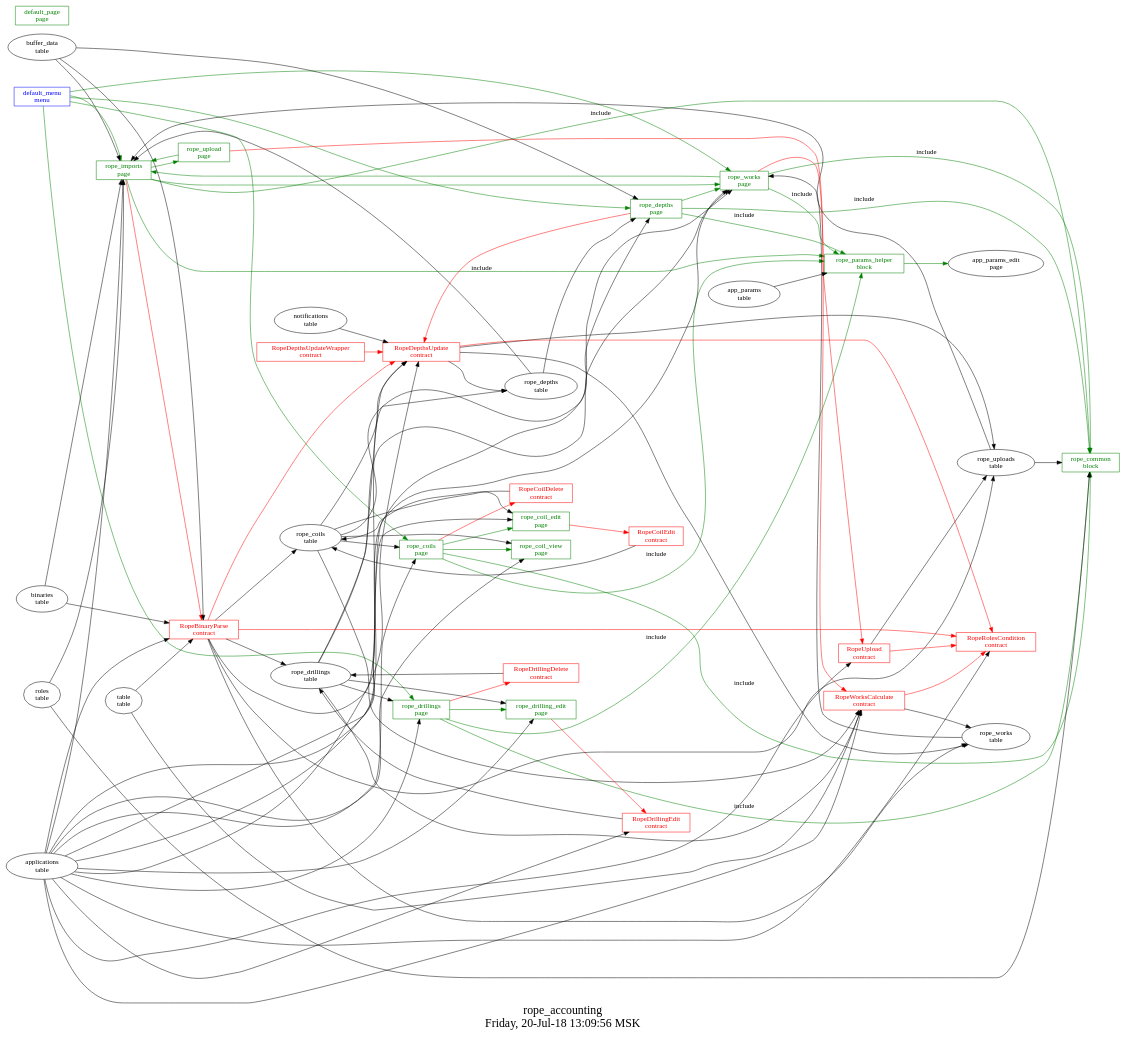
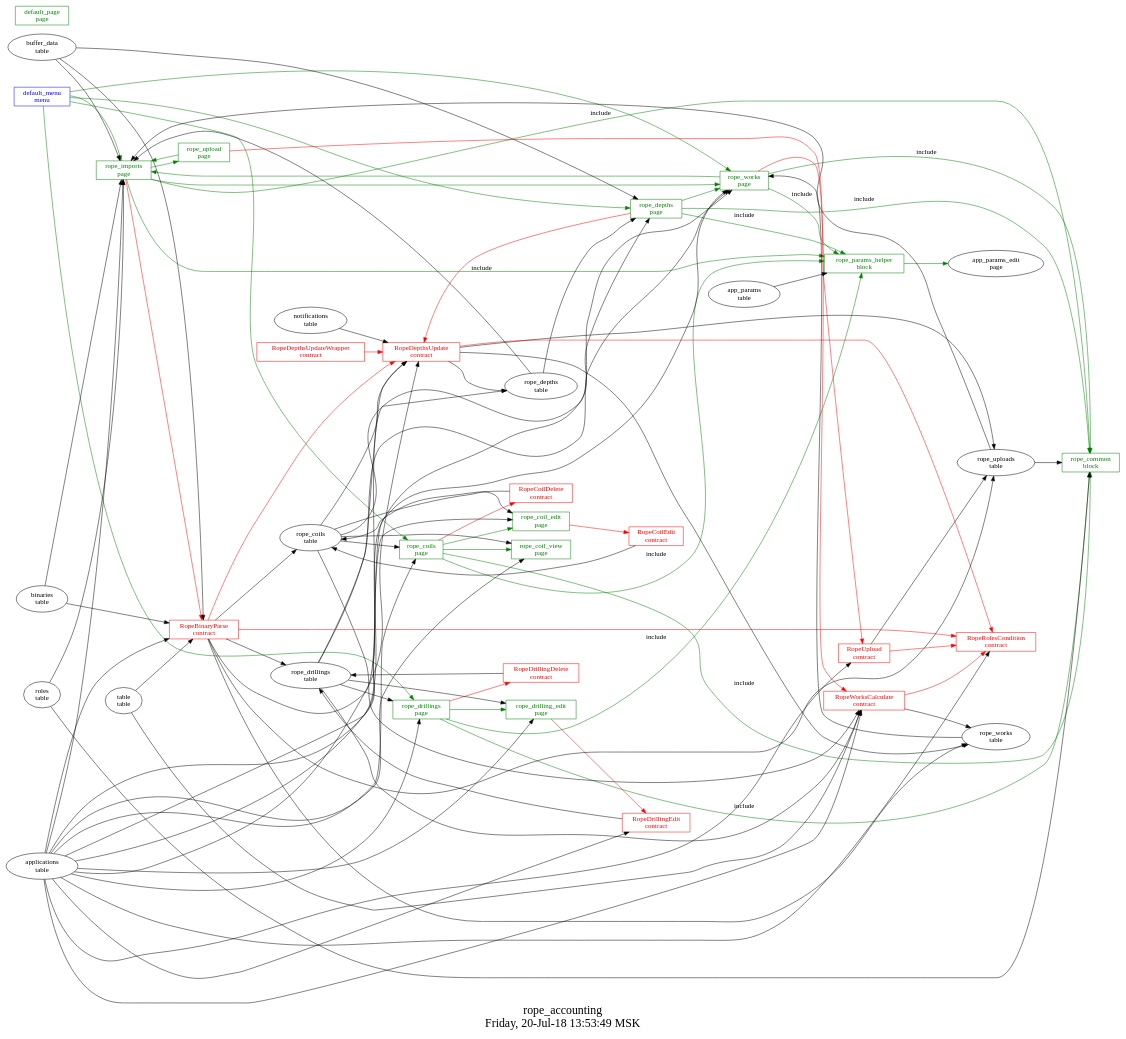
One commit to AplaProject/apps changed the diagram in src/rope_accounting/struct.dot. Above: the diagram before and after it, drawn with Graphviz. The commit also changed 2 other files, not shown here.

```diff
--- a/src/rope_accounting/struct.dot
+++ b/src/rope_accounting/struct.dot
@@ -1,131 +1,131 @@
 digraph G {
 graph [
   fontsize="24";
-  label="rope_accounting\nFriday, 20-Jul-18 13:09:56 MSK";
+  label="rope_accounting\nFriday, 20-Jul-18 13:53:49 MSK";
   nojustify=true;
   ordering=out;
   rankdir=LR;
   size="30";
 ];
 "default_menu\nmenu" -> "rope_imports\npage"  [ color=green ]
 "default_menu\nmenu" -> "rope_works\npage"  [ color=green ]
 "default_menu\nmenu" -> "rope_depths\npage"  [ color=green ]
 "default_menu\nmenu" -> "rope_drillings\npage"  [ color=green ]
 "default_menu\nmenu" -> "rope_coils\npage"  [ color=green ]
 "default_menu\nmenu" [color=blue, fontcolor=blue, group=menus, shape=record];
 "default_page\npage" [color=green, fontcolor=green, group=pages, shape=record];
 "rope_coil_edit\npage" -> "RopeCoilEdit\ncontract"  [ color=red ]
 "applications\ntable" -> "rope_coil_edit\npage"
 "rope_coils\ntable" -> "rope_coil_edit\npage"
 "rope_coil_edit\npage" [color=green, fontcolor=green, group=pages, shape=record];
 "applications\ntable" -> "rope_coil_view\npage"
 "rope_coils\ntable" -> "rope_coil_view\npage"
 "rope_coil_view\npage" [color=green, fontcolor=green, group=pages, shape=record];
 "rope_coils\npage" -> "RopeCoilDelete\ncontract"  [ color=red ]
 "applications\ntable" -> "rope_coils\npage"
 "rope_coils\ntable" -> "rope_coils\npage"
 "rope_coils\npage" -> "rope_coil_edit\npage"  [ color=green ]
 "rope_coils\npage" -> "rope_coil_view\npage"  [ color=green ]
 "rope_coils\npage" -> "rope_common\nblock"  [ color=green, label=include ]
 "rope_coils\npage" -> "rope_params_helper\nblock"  [ color=green, label=include ]
 "rope_coils\npage" [color=green, fontcolor=green, group=pages, shape=record];
 "rope_depths\npage" -> "RopeDepthsUpdate\ncontract"  [ color=red ]
 "applications\ntable" -> "rope_depths\npage"
 "rope_depths\ntable" -> "rope_depths\npage"
 "buffer_data\ntable" -> "rope_depths\npage"
 "rope_depths\npage" -> "rope_works\npage"  [ color=green ]
 "rope_depths\npage" -> "rope_common\nblock"  [ color=green, label=include ]
 "rope_depths\npage" -> "rope_params_helper\nblock"  [ color=green, label=include ]
 "rope_depths\npage" [color=green, fontcolor=green, group=pages, shape=record];
 "rope_drilling_edit\npage" -> "RopeDrillingEdit\ncontract"  [ color=red ]
 "applications\ntable" -> "rope_drilling_edit\npage"
 "rope_drillings\ntable" -> "rope_drilling_edit\npage"
 "rope_drilling_edit\npage" [color=green, fontcolor=green, group=pages, shape=record];
 "rope_drillings\npage" -> "RopeDrillingDelete\ncontract"  [ color=red ]
 "applications\ntable" -> "rope_drillings\npage"
 "rope_drillings\ntable" -> "rope_drillings\npage"
 "rope_drillings\npage" -> "rope_drilling_edit\npage"  [ color=green ]
 "rope_drillings\npage" -> "rope_common\nblock"  [ color=green, label=include ]
 "rope_drillings\npage" -> "rope_params_helper\nblock"  [ color=green, label=include ]
 "rope_drillings\npage" [color=green, fontcolor=green, group=pages, shape=record];
 "rope_imports\npage" -> "RopeBinaryParse\ncontract"  [ color=red ]
 "applications\ntable" -> "rope_imports\npage"
 "roles\ntable" -> "rope_imports\npage"
 "rope_uploads\ntable" -> "rope_imports\npage"
 "binaries\ntable" -> "rope_imports\npage"
 "rope_depths\ntable" -> "rope_imports\npage"
 "buffer_data\ntable" -> "rope_imports\npage"
 "rope_imports\npage" -> "rope_upload\npage"  [ color=green ]
 "rope_imports\npage" -> "rope_works\npage"  [ color=green ]
 "rope_imports\npage" -> "rope_common\nblock"  [ color=green, label=include ]
 "rope_imports\npage" -> "rope_params_helper\nblock"  [ color=green, label=include ]
 "rope_imports\npage" [color=green, fontcolor=green, group=pages, shape=record];
 "rope_upload\npage" -> "RopeUpload\ncontract"  [ color=red ]
 "rope_upload\npage" -> "rope_imports\npage"  [ color=green ]
 "rope_upload\npage" [color=green, fontcolor=green, group=pages, shape=record];
 "rope_works\npage" -> "RopeWorksCalculate\ncontract"  [ color=red ]
 "applications\ntable" -> "rope_works\npage"
 "rope_works\ntable" -> "rope_works\npage"
 "rope_drillings\ntable" -> "rope_works\npage"
 "rope_coils\ntable" -> "rope_works\npage"
 "rope_works\npage" -> "rope_imports\npage"  [ color=green ]
 "rope_works\npage" -> "rope_common\nblock"  [ color=green, label=include ]
 "rope_works\npage" -> "rope_params_helper\nblock"  [ color=green, label=include ]
 "rope_works\npage" [color=green, fontcolor=green, group=pages, shape=record];
 "roles\ntable" -> "rope_common\nblock"
 "rope_uploads\ntable" -> "rope_common\nblock"
 "rope_common\nblock" [color=green, fontcolor=green, group=blocks, shape=record];
 "app_params\ntable" -> "rope_params_helper\nblock"
 "rope_params_helper\nblock" -> "app_params_edit\npage"  [ color=green ]
 "rope_params_helper\nblock" [color=green, fontcolor=green, group=blocks, shape=record];
 "RopeBinaryParse\ncontract" -> "RopeDepthsUpdate\ncontract"  [ color=red ]
 "RopeBinaryParse\ncontract" -> "RopeRolesCondition\ncontract"  [ color=red ]
 "RopeBinaryParse\ncontract" -> "rope_coils\ntable"  [ color="" ]
 "RopeBinaryParse\ncontract" -> "rope_drillings\ntable"  [ color="" ]
 "RopeBinaryParse\ncontract" -> "rope_works\ntable"  [ color="" ]
 "RopeBinaryParse\ncontract" -> "rope_depths\ntable"  [ color="" ]
 "RopeBinaryParse\ncontract" -> "rope_uploads\ntable"  [ color="" ]
 "table\ntable" -> "RopeBinaryParse\ncontract"
 "buffer_data\ntable" -> "RopeBinaryParse\ncontract"
 "binaries\ntable" -> "RopeBinaryParse\ncontract"
 "applications\ntable" -> "RopeBinaryParse\ncontract"
 "RopeBinaryParse\ncontract" [color=red, fontcolor=red, group=contracts, shape=record];
 "RopeCoilDelete\ncontract" -> "rope_coils\ntable"  [ color="" ]
 "RopeCoilDelete\ncontract" [color=red, fontcolor=red, group=contracts, shape=record];
 "RopeCoilEdit\ncontract" -> "rope_coils\ntable"  [ color="" ]
 "RopeCoilEdit\ncontract" [color=red, fontcolor=red, group=contracts, shape=record];
 "RopeDepthsUpdate\ncontract" -> "RopeRolesCondition\ncontract"  [ color=red ]
 "RopeDepthsUpdate\ncontract" -> "rope_uploads\ntable"  [ color="" ]
 "RopeDepthsUpdate\ncontract" -> "rope_works\ntable"  [ color="" ]
 "RopeDepthsUpdate\ncontract" -> "rope_depths\ntable"  [ color="" ]
 "notifications\ntable" -> "RopeDepthsUpdate\ncontract"
 "rope_drillings\ntable" -> "RopeDepthsUpdate\ncontract"
 "rope_coils\ntable" -> "RopeDepthsUpdate\ncontract"
 "applications\ntable" -> "RopeDepthsUpdate\ncontract"
 "RopeDepthsUpdate\ncontract" [color=red, fontcolor=red, group=contracts, shape=record];
 "RopeDepthsUpdateWrapper\ncontract" -> "RopeDepthsUpdate\ncontract"  [ color=red ]
 "RopeDepthsUpdateWrapper\ncontract" [color=red, fontcolor=red, group=contracts, shape=record];
 "RopeDrillingDelete\ncontract" -> "rope_drillings\ntable"  [ color="" ]
 "RopeDrillingDelete\ncontract" [color=red, fontcolor=red, group=contracts, shape=record];
 "RopeDrillingEdit\ncontract" -> "rope_drillings\ntable"  [ color="" ]
 "applications\ntable" -> "RopeDrillingEdit\ncontract"
 "RopeDrillingEdit\ncontract" [color=red, fontcolor=red, group=contracts, shape=record];
 "applications\ntable" -> "RopeRolesCondition\ncontract"
 "RopeRolesCondition\ncontract" [color=red, fontcolor=red, group=contracts, shape=record];
 "RopeUpload\ncontract" -> "RopeRolesCondition\ncontract"  [ color=red ]
 "RopeUpload\ncontract" -> "rope_uploads\ntable"  [ color="" ]
 "applications\ntable" -> "RopeUpload\ncontract"
 "RopeUpload\ncontract" [color=red, fontcolor=red, group=contracts, shape=record];
 "RopeWorksCalculate\ncontract" -> "RopeRolesCondition\ncontract"  [ color=red ]
 "RopeWorksCalculate\ncontract" -> "rope_works\ntable"  [ color="" ]
 "table\ntable" -> "RopeWorksCalculate\ncontract"
 "applications\ntable" -> "RopeWorksCalculate\ncontract"
 "rope_coils\ntable" -> "RopeWorksCalculate\ncontract"
 "rope_drillings\ntable" -> "RopeWorksCalculate\ncontract"
 "RopeWorksCalculate\ncontract" [color=red, fontcolor=red, group=contracts, shape=record];
 "rope_coils\ntable" [color="", fontcolor="", group=tables, shape=""];
 "rope_depths\ntable" [color="", fontcolor="", group=tables, shape=""];
 "rope_drillings\ntable" [color="", fontcolor="", group=tables, shape=""];
 "rope_uploads\ntable" [color="", fontcolor="", group=tables, shape=""];
 "rope_works\ntable" [color="", fontcolor="", group=tables, shape=""];
 }
```
